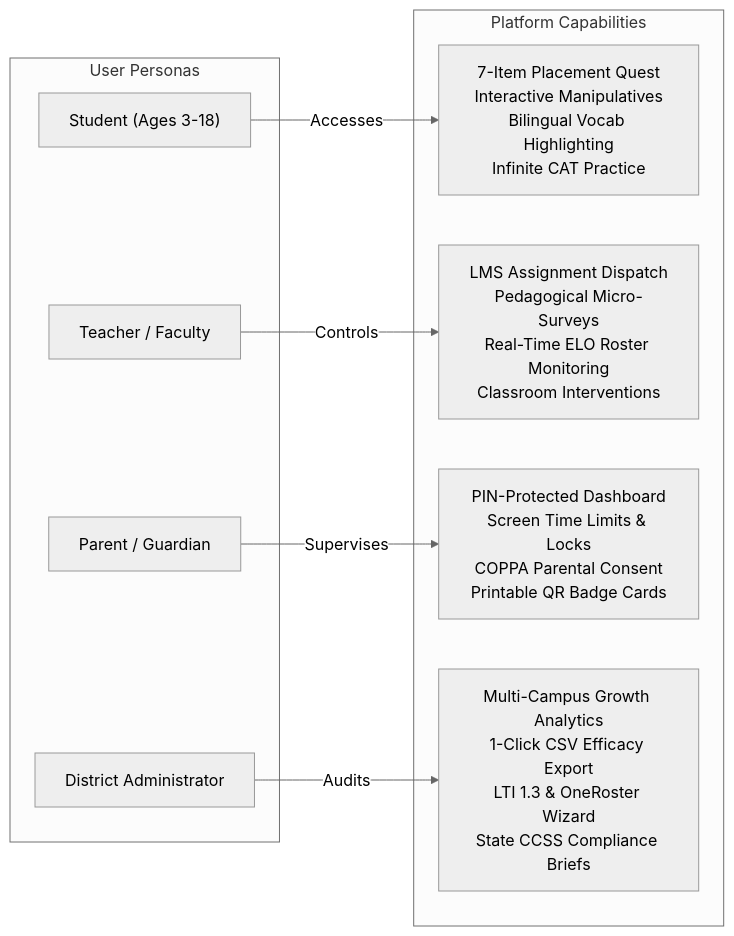
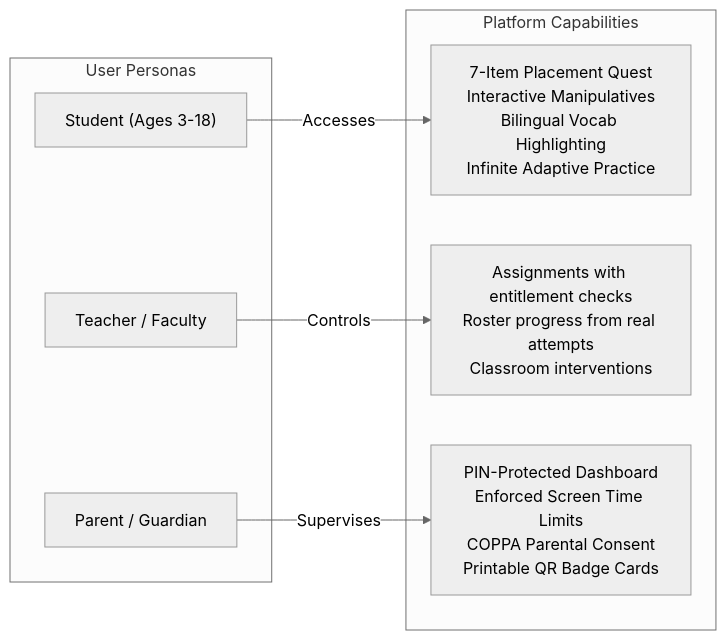
Before and after one commit to SifisoScS/AcuityMath: the third of 3 diagrams in README.md, drawn with Mermaid (neutral theme). The commit also changed other lines of this file, not shown here.

````diff
--- a/README.md
+++ b/README.md
@@ -109,16 +110,14 @@
 ```mermaid
 graph LR
     subgraph Roles ["User Personas"]
         S["Student (Ages 3-18)"]
         T["Teacher / Faculty"]
         P["Parent / Guardian"]
-        A["District Administrator"]
     end
 
     subgraph Features ["Platform Capabilities"]
-        S -->|Accesses| S_Feat["7-Item Placement Quest<br/>Interactive Manipulatives<br/>Bilingual Vocab Highlighting<br/>Infinite CAT Practice"]
-        T -->|Controls| T_Feat["LMS Assignment Dispatch<br/>Pedagogical Micro-Surveys<br/>Real-Time ELO Roster Monitoring<br/>Classroom Interventions"]
-        P -->|Supervises| P_Feat["PIN-Protected Dashboard<br/>Screen Time Limits & Locks<br/>COPPA Parental Consent<br/>Printable QR Badge Cards"]
-        A -->|Audits| A_Feat["Multi-Campus Growth Analytics<br/>1-Click CSV Efficacy Export<br/>LTI 1.3 & OneRoster Wizard<br/>State CCSS Compliance Briefs"]
+        S -->|Accesses| S_Feat["7-Item Placement Quest<br/>Interactive Manipulatives<br/>Bilingual Vocab Highlighting<br/>Infinite Adaptive Practice"]
+        T -->|Controls| T_Feat["Assignments with entitlement checks<br/>Roster progress from real attempts<br/>Classroom interventions"]
+        P -->|Supervises| P_Feat["PIN-Protected Dashboard<br/>Enforced Screen Time Limits<br/>COPPA Parental Consent<br/>Printable QR Badge Cards"]
     end
 ```
````
